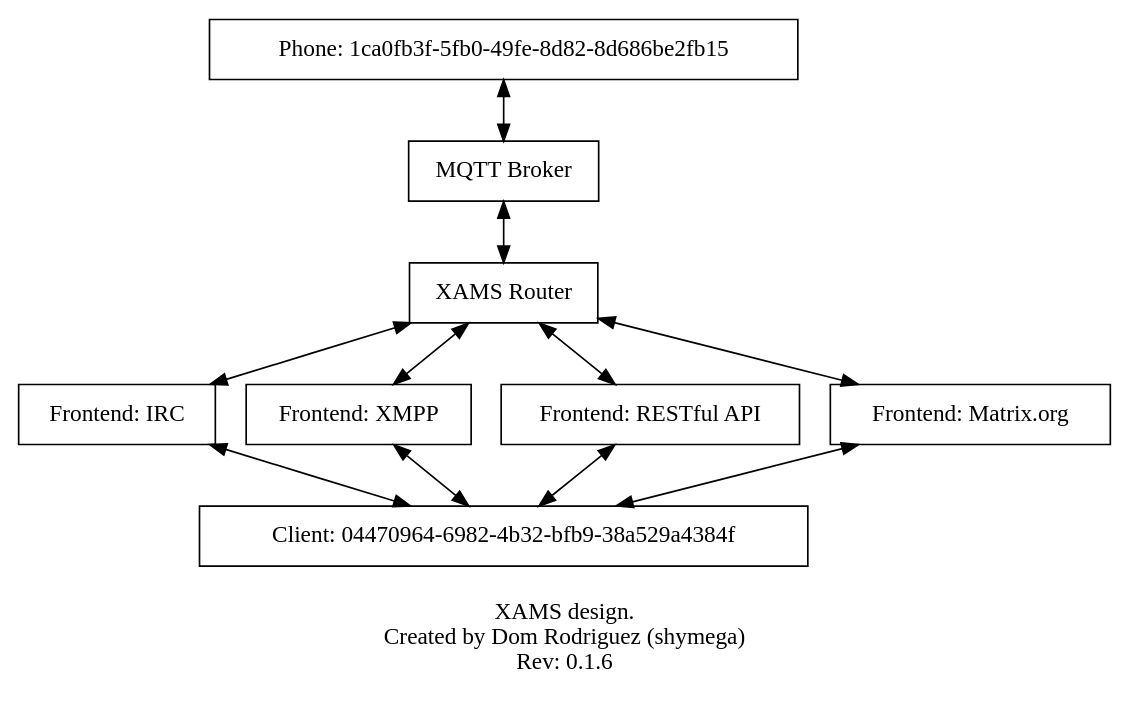
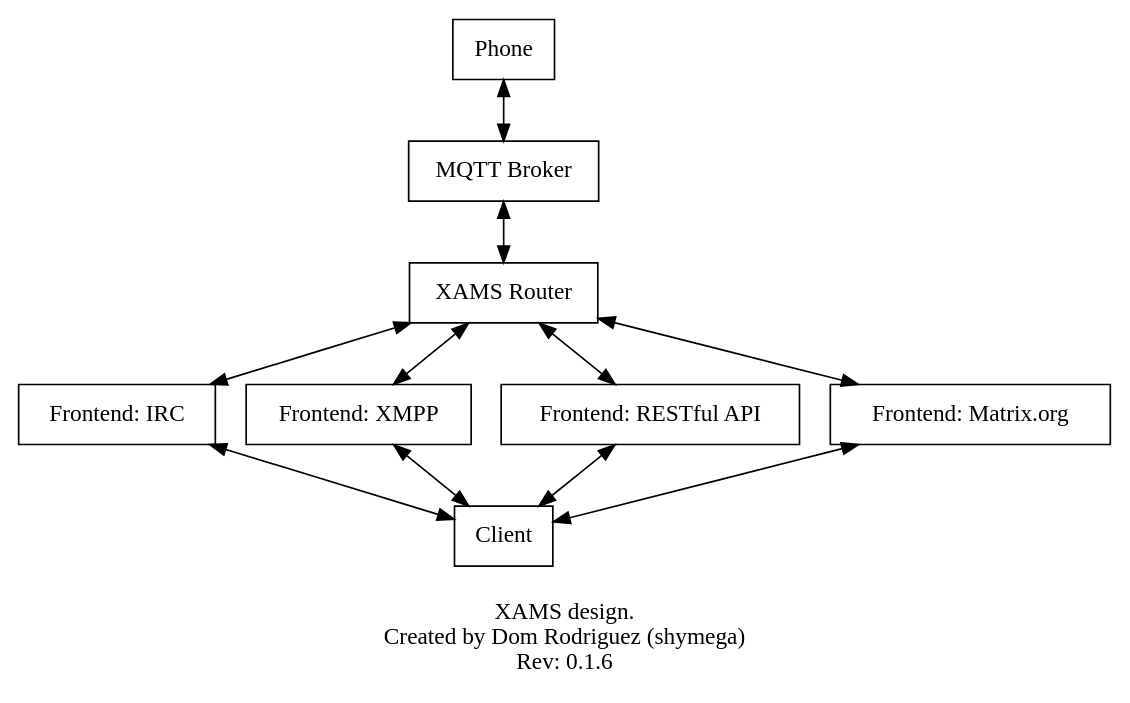
The diagram in doc/diagrams/router.dot (XAMS-Project/XAMS), drawn with Graphviz before and after one commit. The commit also changed 1 other file, not shown here.

Commit message:
Update diagram

```diff
--- a/doc/diagrams/router.dot
+++ b/doc/diagrams/router.dot
@@ -1,23 +1,23 @@
 digraph Router {
     node [shape=record];
     
-    phone0 [label="Phone: 1ca0fb3f-5fb0-49fe-8d82-8d686be2fb15"];
+    phone0 [label="Phone"];
 
     broker [label="MQTT Broker"];
     router [label="XAMS Router"];
 
     frt_irc [label="Frontend: IRC"];
     frt_xmpp [label="Frontend: XMPP"];
     frt_rest [label="Frontend: RESTful API"];
     frt_matrix [label="Frontend: Matrix.org"];
 
     phone0 -> broker -> router [dir="both"];
 
     router -> {frt_irc,frt_xmpp,frt_rest,frt_matrix} [dir="both"];
 
-    client0 [label="Client: 04470964-6982-4b32-bfb9-38a529a4384f"];
+    client0 [label="Client"];
 
     {frt_irc,frt_xmpp,frt_rest,frt_matrix} -> client0 [dir="both"];
 
     label = "\nXAMS design.\nCreated by Dom Rodriguez (shymega)\nRev: 0.1.6"
 }
```
